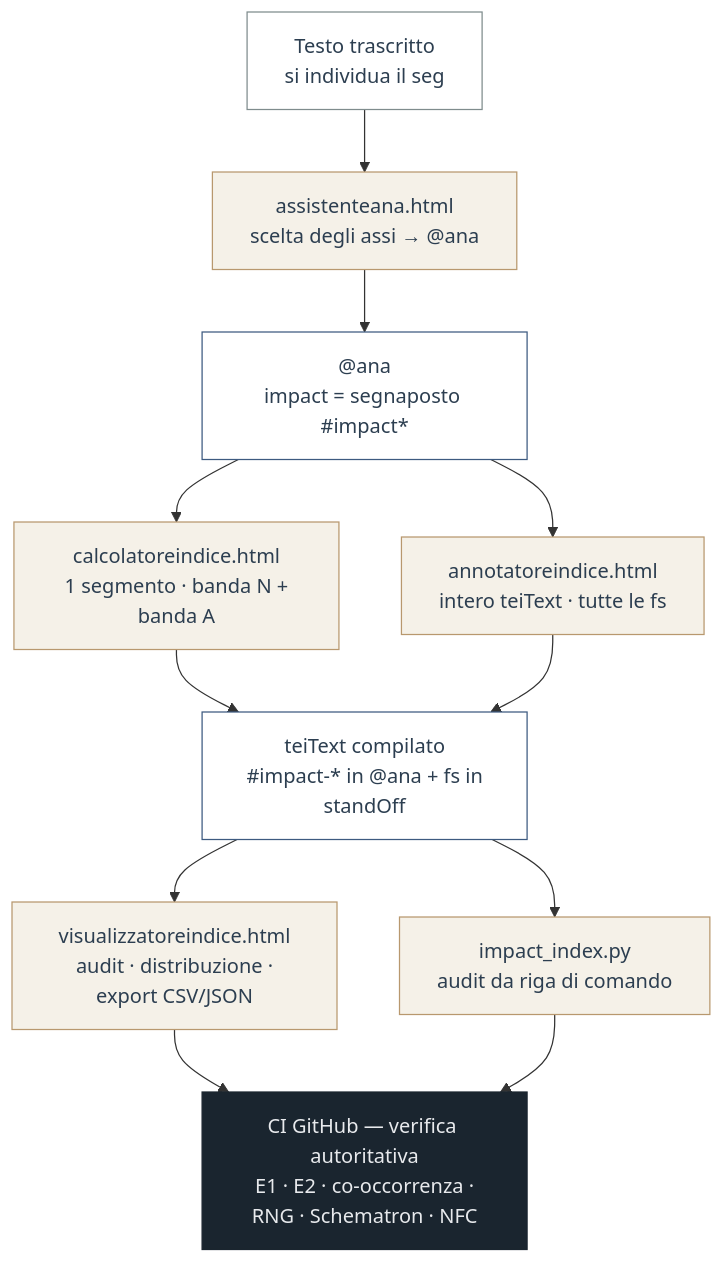
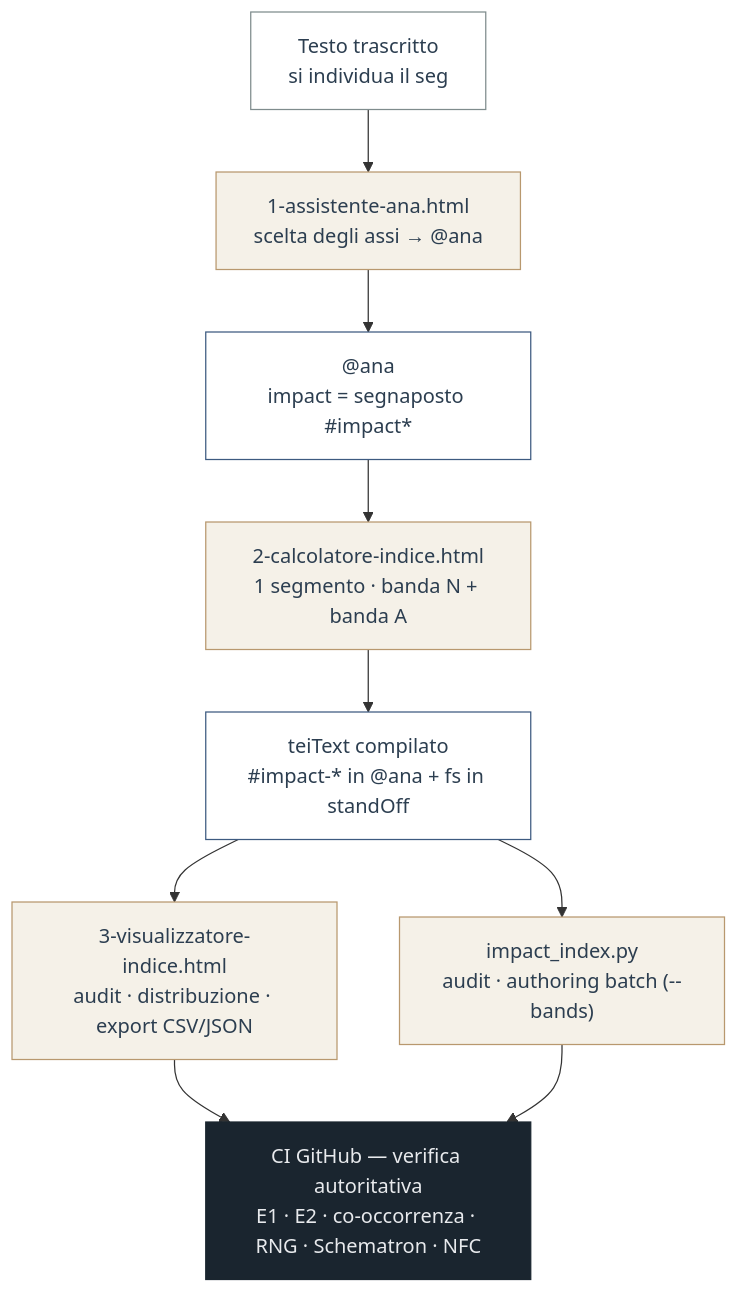
The diagram in tools/README.md (luciano-longo77/castello-anima-TEI-IA), drawn with Mermaid before and after one commit. The commit also changed other lines of this file, not shown here.

````diff
--- a/tools/README.md
+++ b/tools/README.md
@@ -18,18 +18,16 @@
 ```mermaid
 flowchart TD
-    A["Testo trascritto<br/> si individua il seg"]:::step --> B["assistenteana.html<br/> scelta degli assi → @ana"]:::tool
+    A["Testo trascritto<br/>si individua il seg"]:::step --> B["1-assistente-ana.html<br/>scelta degli assi → @ana"]:::tool
     B --> C["@ana<br/>impact = segnaposto #impact*"]:::data
-    C --> D["calcolatoreindice.html<br/> 1 segmento · banda N + banda A"]:::tool
-    C --> E["annotatoreindice.html<br/> intero teiText · tutte le fs"]:::tool
-    D --> F["teiText compilato<br/> #impact-* in @ana + fs in standOff"]:::data
-    E --> F
-    F --> G["visualizzatoreindice.html<br/> audit · distribuzione · export CSV/JSON"]:::tool
-    F --> H["impact_index.py<br/> audit da riga di comando"]:::tool
-    G --> I["CI GitHub — verifica autoritativa<br/> E1 · E2 · co-occorrenza · RNG · Schematron · NFC"]:::ci
+    C --> D["2-calcolatore-indice.html<br/>1 segmento · banda N + banda A"]:::tool
+    D --> F["teiText compilato<br/>#impact-* in @ana + fs in standOff"]:::data
+    F --> G["3-visualizzatore-indice.html<br/>audit · distribuzione · export CSV/JSON"]:::tool
+    F --> H["impact_index.py<br/>audit · authoring batch (--bands)"]:::tool
+    G --> I["CI GitHub — verifica autoritativa<br/>E1 · E2 · co-occorrenza · RNG · Schematron · NFC"]:::ci
     H --> I
 
     classDef step fill:#ffffff,stroke:#7f8c8d,color:#2c3e50;
     classDef tool fill:#f5f1e8,stroke:#b8986e,color:#2c3e50;
     classDef data fill:#ffffff,stroke:#3d5a80,color:#2c3e50;
     classDef ci fill:#1a252f,stroke:#1a252f,color:#e8eaed;
 ```
````
